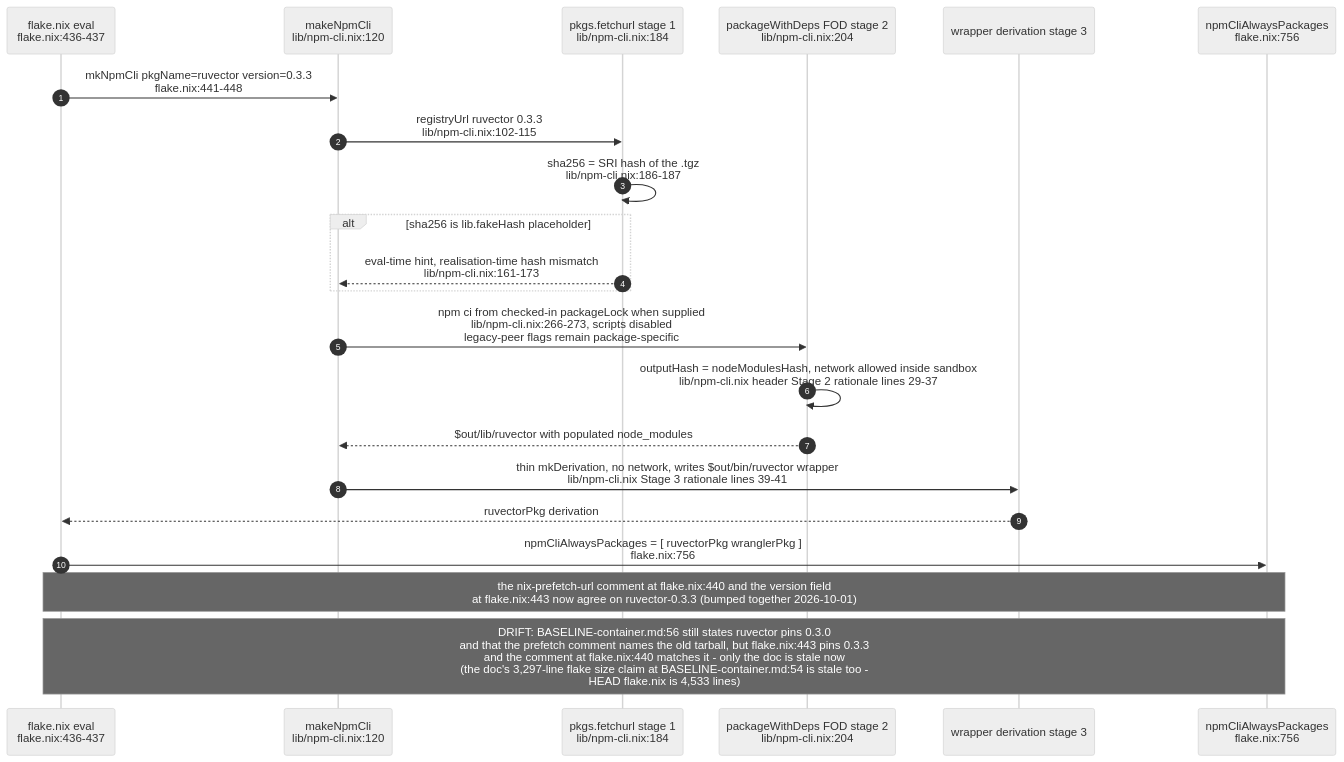
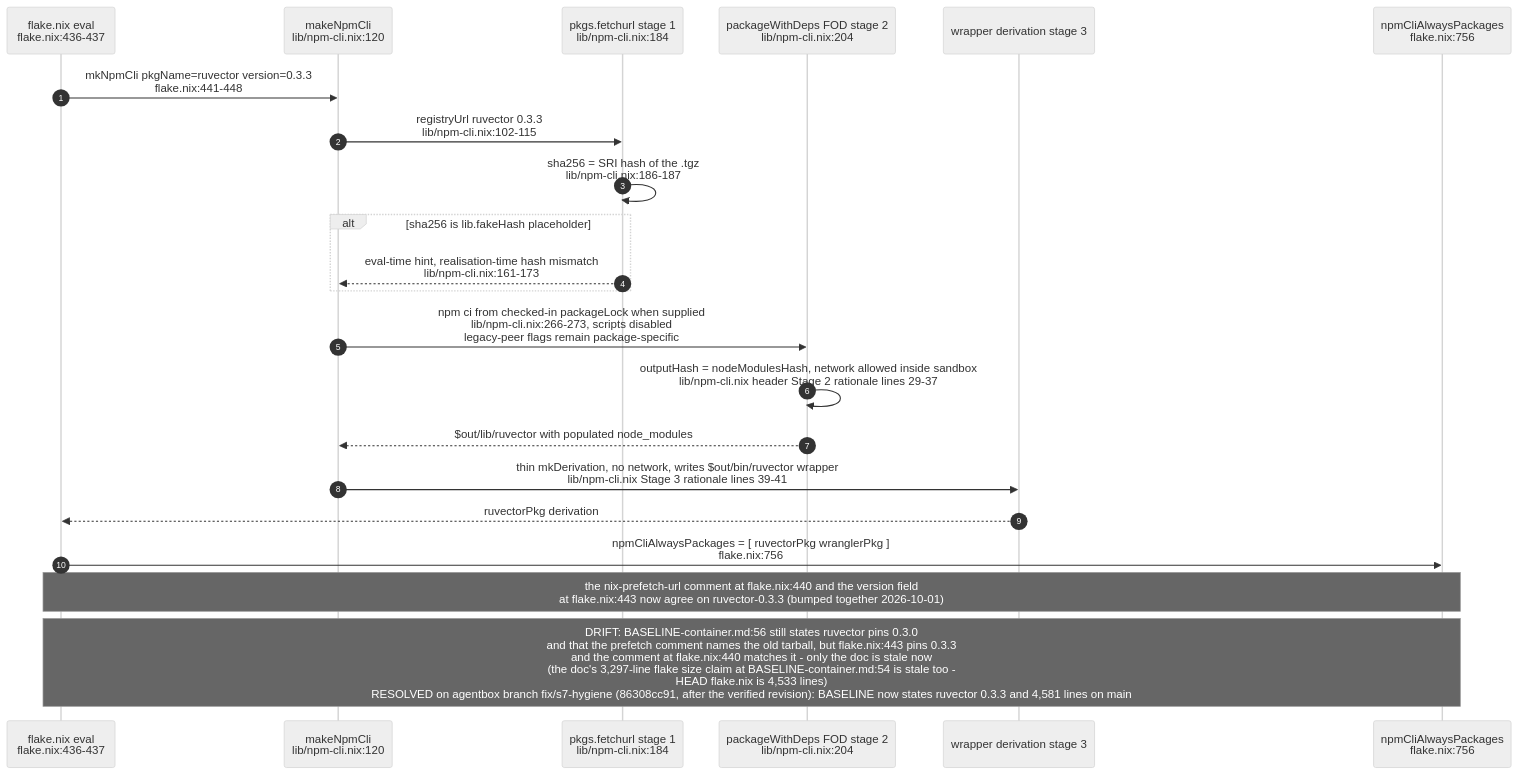
One commit to DreamLab-AI/VisionFlow changed the fifth of 10 diagrams in docs/diagrams/agentbox/01-nix-flake-composition.md. Above: the diagram before and after it, drawn with Mermaid (neutral theme). The commit also changed 1 other file, not shown here.

Commit message:
docs(diagrams): mark agentbox hygiene fixes as resolved drift

````diff
--- a/docs/diagrams/agentbox/01-nix-flake-composition.md
+++ b/docs/diagrams/agentbox/01-nix-flake-composition.md
@@ -240,25 +240,25 @@
 ```mermaid
 sequenceDiagram
     autonumber
     participant FLAKE as flake.nix eval<br/>flake.nix:436-437
     participant MK as makeNpmCli<br/>lib/npm-cli.nix:120
     participant FETCH as pkgs.fetchurl stage 1<br/>lib/npm-cli.nix:184
     participant FOD as packageWithDeps FOD stage 2<br/>lib/npm-cli.nix:204
     participant WRAP as wrapper derivation stage 3
     participant ALWAYS as npmCliAlwaysPackages<br/>flake.nix:756
 
     FLAKE->>MK: mkNpmCli pkgName=ruvector version=0.3.3<br/>flake.nix:441-448
     MK->>FETCH: registryUrl ruvector 0.3.3<br/>lib/npm-cli.nix:102-115
     FETCH->>FETCH: sha256 = SRI hash of the .tgz<br/>lib/npm-cli.nix:186-187
     alt sha256 is lib.fakeHash placeholder
         FETCH-->>MK: eval-time hint, realisation-time hash mismatch<br/>lib/npm-cli.nix:161-173
     end
     MK->>FOD: npm ci from checked-in packageLock when supplied<br/>lib/npm-cli.nix:266-273, scripts disabled<br/>legacy-peer flags remain package-specific
     FOD->>FOD: outputHash = nodeModulesHash, network allowed inside sandbox<br/>lib/npm-cli.nix header Stage 2 rationale lines 29-37
     FOD-->>MK: $out/lib/ruvector with populated node_modules
     MK->>WRAP: thin mkDerivation, no network, writes $out/bin/ruvector wrapper<br/>lib/npm-cli.nix Stage 3 rationale lines 39-41
     WRAP-->>FLAKE: ruvectorPkg derivation
     FLAKE->>ALWAYS: npmCliAlwaysPackages = [ ruvectorPkg wranglerPkg ]<br/>flake.nix:756
     Note over FLAKE,ALWAYS: the nix-prefetch-url comment at flake.nix:440 and the version field<br/>at flake.nix:443 now agree on ruvector-0.3.3 (bumped together 2026-10-01)
-    Note over FLAKE,ALWAYS: DRIFT: BASELINE-container.md:56 still states ruvector pins 0.3.0<br/>and that the prefetch comment names the old tarball, but flake.nix:443 pins 0.3.3<br/>and the comment at flake.nix:440 matches it - only the doc is stale now<br/>(the doc's 3,297-line flake size claim at BASELINE-container.md:54 is stale too -<br/>HEAD flake.nix is 4,533 lines)
+    Note over FLAKE,ALWAYS: DRIFT: BASELINE-container.md:56 still states ruvector pins 0.3.0<br/>and that the prefetch comment names the old tarball, but flake.nix:443 pins 0.3.3<br/>and the comment at flake.nix:440 matches it - only the doc is stale now<br/>(the doc's 3,297-line flake size claim at BASELINE-container.md:54 is stale too -<br/>HEAD flake.nix is 4,533 lines)<br/>RESOLVED on agentbox branch fix/s7-hygiene (86308cc91, after the verified revision): BASELINE now states ruvector 0.3.3 and 4,581 lines on main
 ```
````
